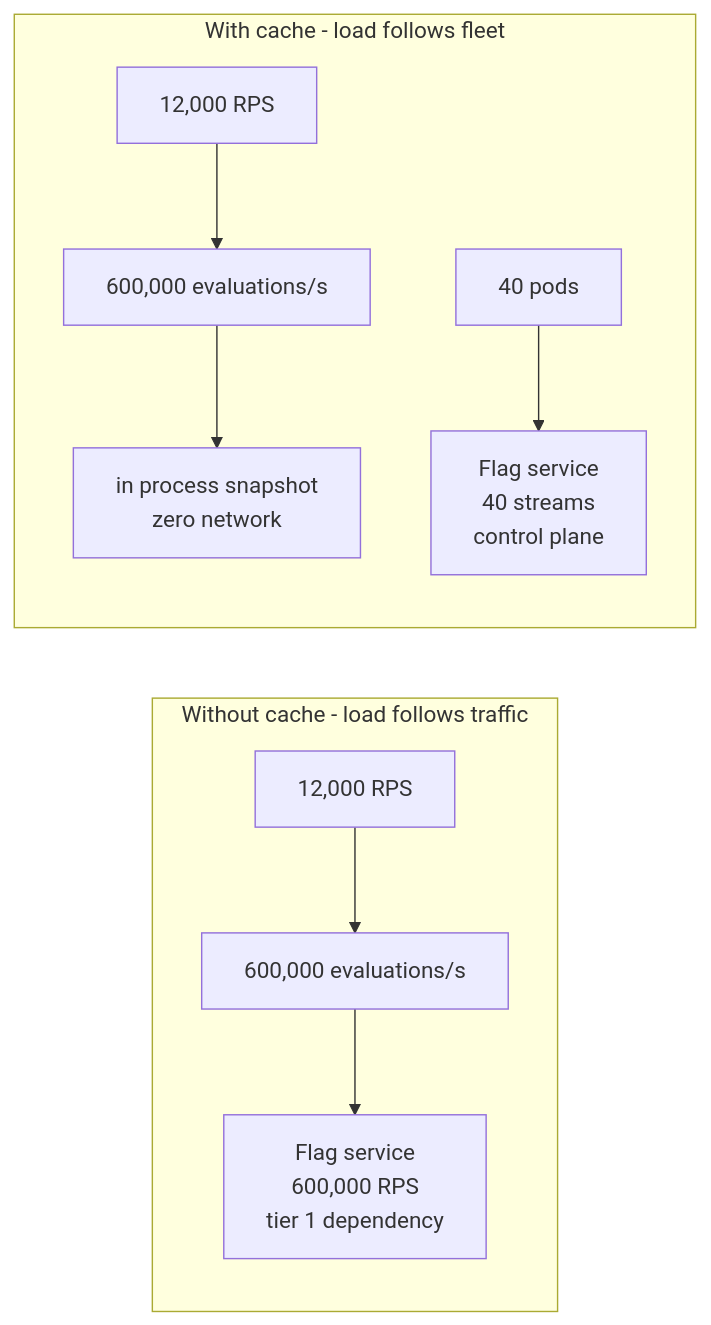
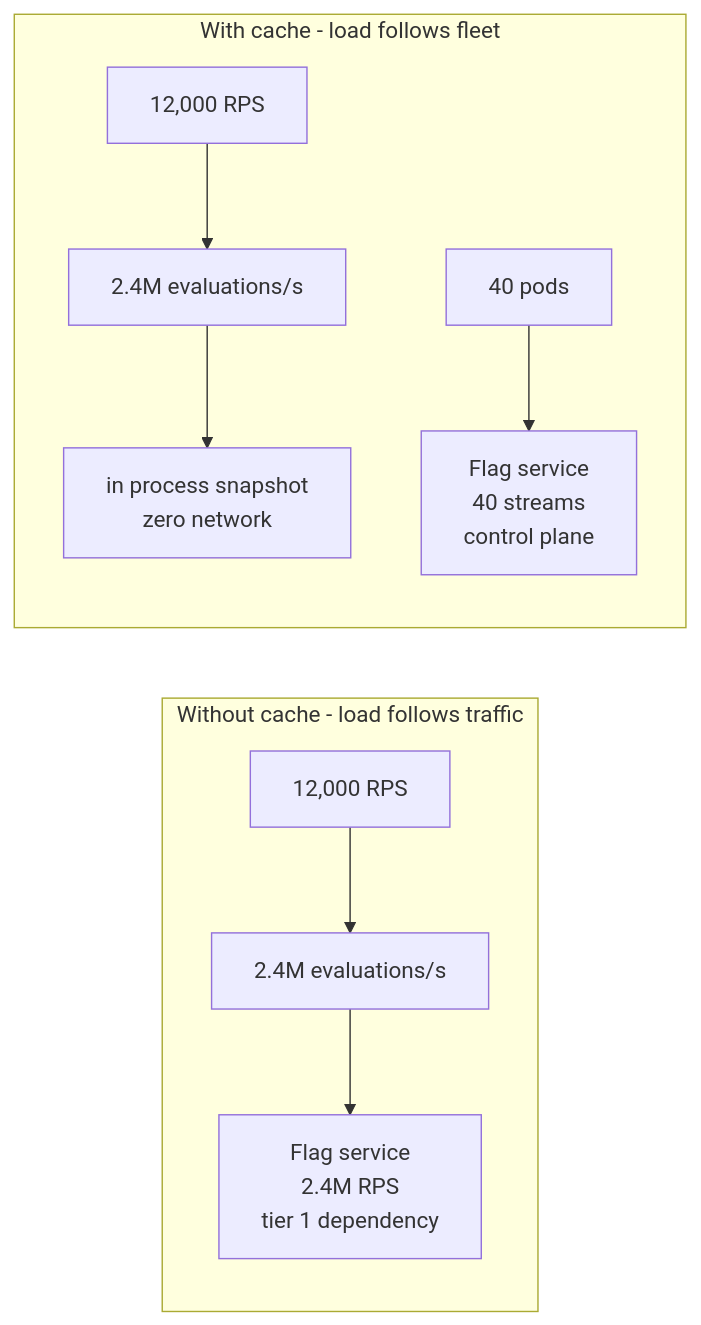
The fourth of 5 diagrams in docs/03-lld.md (HarshSingh21/feature-flag-service), drawn with Mermaid before and after one commit. The commit also changed other lines of this file and 92 other files, not shown here.

````diff
--- a/docs/03-lld.md
+++ b/docs/03-lld.md
@@ -247,13 +254,13 @@
 ```mermaid
 flowchart LR
     subgraph before["Without cache - load follows traffic"]
-        T1["12,000 RPS"] --> E1["600,000 evaluations/s"]
-        E1 --> FS1["Flag service<br/>600,000 RPS<br/>tier 1 dependency"]
+        T1["12,000 RPS"] --> E1["2.4M evaluations/s"]
+        E1 --> FS1["Flag service<br/>2.4M RPS<br/>tier 1 dependency"]
     end
 
     subgraph after["With cache - load follows fleet"]
-        T2["12,000 RPS"] --> E2["600,000 evaluations/s"]
+        T2["12,000 RPS"] --> E2["2.4M evaluations/s"]
         E2 --> L1C["in process snapshot<br/>zero network"]
         POD["40 pods"] --> FS2["Flag service<br/>40 streams<br/>control plane"]
     end
 ```
````
